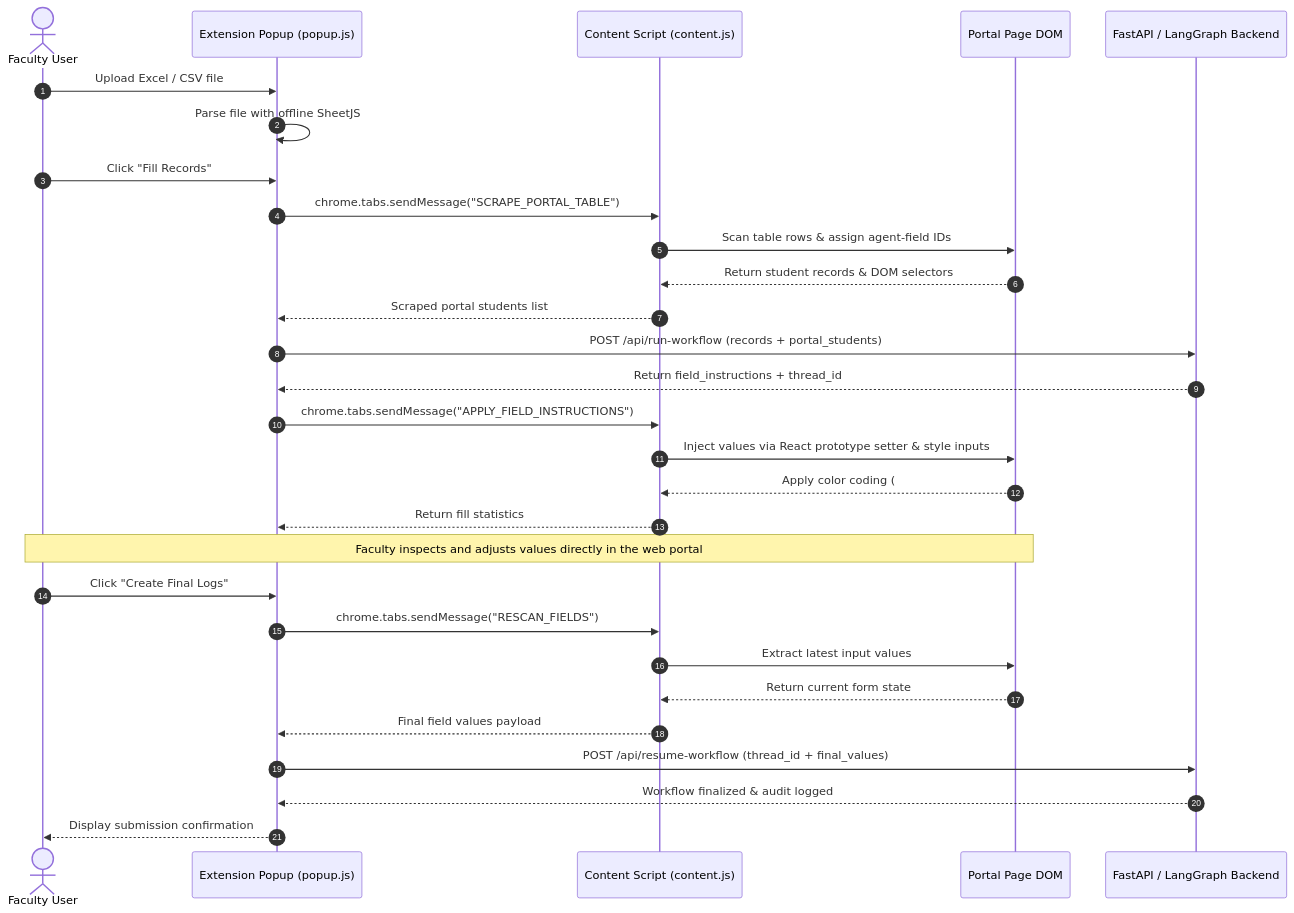
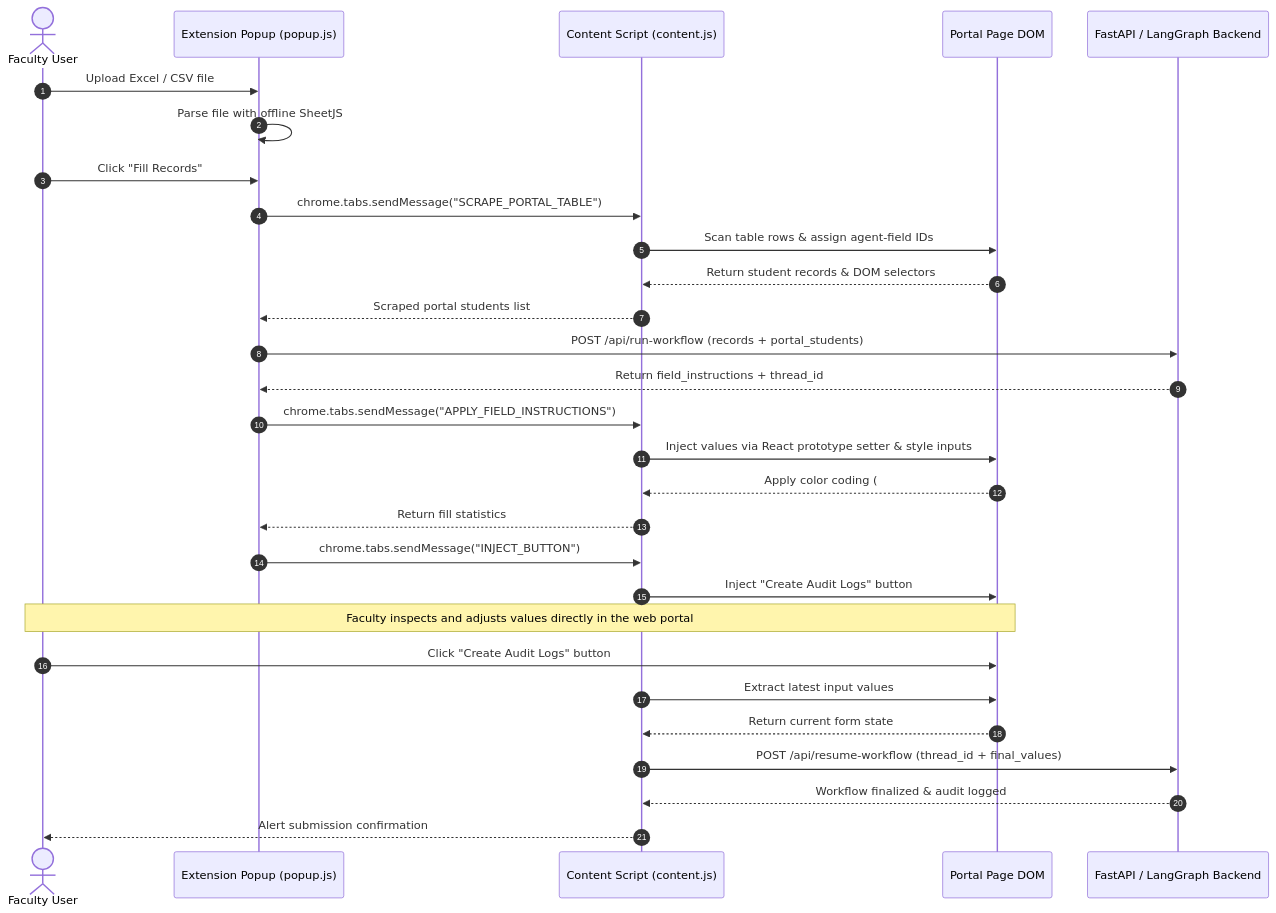
Before and after one commit to abhi-rajput-KRP/IP_Portal_Automation: the diagram in AutomationExtention/README.md, drawn with Mermaid. The commit also changed other lines of this file and 2 other files, not shown here.

Commit message:
Added Create Logs into Portal DOM

````diff
--- a/AutomationExtention/README.md
+++ b/AutomationExtention/README.md
@@ -11,38 +11,39 @@
 ```mermaid
 sequenceDiagram
     autonumber
     actor Faculty as Faculty User
     participant Popup as Extension Popup (popup.js)
     participant Content as Content Script (content.js)
     participant DOM as Portal Page DOM
     participant Backend as FastAPI / LangGraph Backend
 
     Faculty->>Popup: Upload Excel / CSV file
     Popup->>Popup: Parse file with offline SheetJS
     Faculty->>Popup: Click "Fill Records"
     
     Popup->>Content: chrome.tabs.sendMessage("SCRAPE_PORTAL_TABLE")
     Content->>DOM: Scan table rows & assign agent-field IDs
     DOM-->>Content: Return student records & DOM selectors
     Content-->>Popup: Scraped portal students list
     
     Popup->>Backend: POST /api/run-workflow (records + portal_students)
     Backend-->>Popup: Return field_instructions + thread_id
     
     Popup->>Content: chrome.tabs.sendMessage("APPLY_FIELD_INSTRUCTIONS")
     Content->>DOM: Inject values via React prototype setter & style inputs
     DOM-->>Content: Apply color coding (#e6ffe6, #eec890, #ee9090)
     Content-->>Popup: Return fill statistics
     
+    Popup->>Content: chrome.tabs.sendMessage("INJECT_BUTTON")
+    Content->>DOM: Inject "Create Audit Logs" button
+    
     Note over Faculty,DOM: Faculty inspects and adjusts values directly in the web portal
     
-    Faculty->>Popup: Click "Create Final Logs"
-    Popup->>Content: chrome.tabs.sendMessage("RESCAN_FIELDS")
+    Faculty->>DOM: Click "Create Audit Logs" button
     Content->>DOM: Extract latest input values
     DOM-->>Content: Return current form state
-    Content-->>Popup: Final field values payload
     
-    Popup->>Backend: POST /api/resume-workflow (thread_id + final_values)
-    Backend-->>Popup: Workflow finalized & audit logged
-    Popup-->>Faculty: Display submission confirmation
+    Content->>Backend: POST /api/resume-workflow (thread_id + final_values)
+    Backend-->>Content: Workflow finalized & audit logged
+    Content-->>Faculty: Alert submission confirmation
 ```
````
